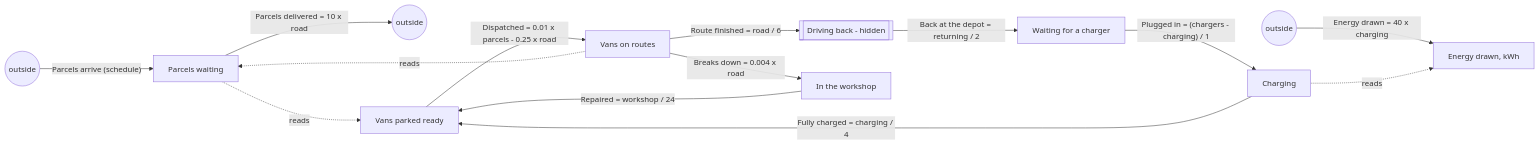
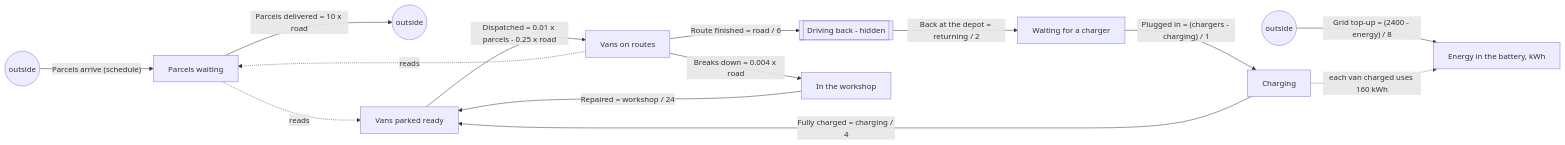
One commit to danroblewis/orchestra changed the diagram in sdlab/sdlab/examples/sd-ev-fleet/README.md. Above: the diagram before and after it, drawn with Mermaid. The commit also changed other lines of this file and 128 other files, not shown here.

First line of the commit message:
Benchmark v2: co-flows and effects in the ground-truth examples

````diff
--- a/sdlab/sdlab/examples/sd-ev-fleet/README.md
+++ b/sdlab/sdlab/examples/sd-ev-fleet/README.md
@@ -23,16 +26,16 @@
 ```mermaid
 flowchart LR
   out1((outside)) -- "Parcels arrive (schedule)" --> parcels[Parcels waiting]
   parcels -- "Parcels delivered = 10 x road" --> out2((outside))
   ready[Vans parked ready] -- "Dispatched = 0.01 x parcels - 0.25 x road" --> road[Vans on routes]
   road -- "Route finished = road / 6" --> returning[[Driving back - hidden]]
   returning -- "Back at the depot = returning / 2" --> queue[Waiting for a charger]
   queue -- "Plugged in = (chargers - charging) / 1" --> charging[Charging]
   charging -- "Fully charged = charging / 4" --> ready
   road -- "Breaks down = 0.004 x road" --> workshop[In the workshop]
   workshop -- "Repaired = workshop / 24" --> ready
-  out3((outside)) -- "Energy drawn = 40 x charging" --> energy[Energy drawn, kWh]
+  out3((outside)) -- "Grid top-up = (2400 - energy) / 8" --> energy[Energy in the battery, kWh]
+  charging -. "each van charged uses 160 kWh" .-> energy
   road -. reads .-> parcels
   parcels -. reads .-> ready
-  charging -. reads .-> energy
 ```
````
